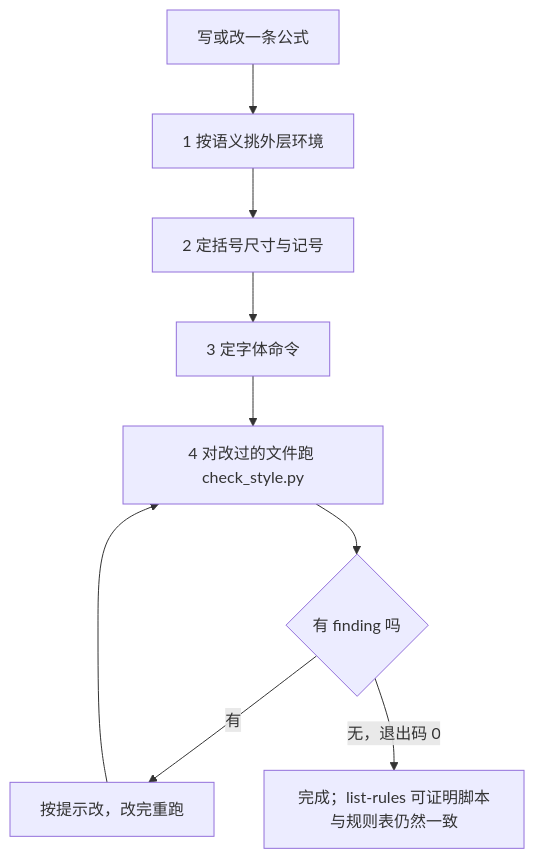
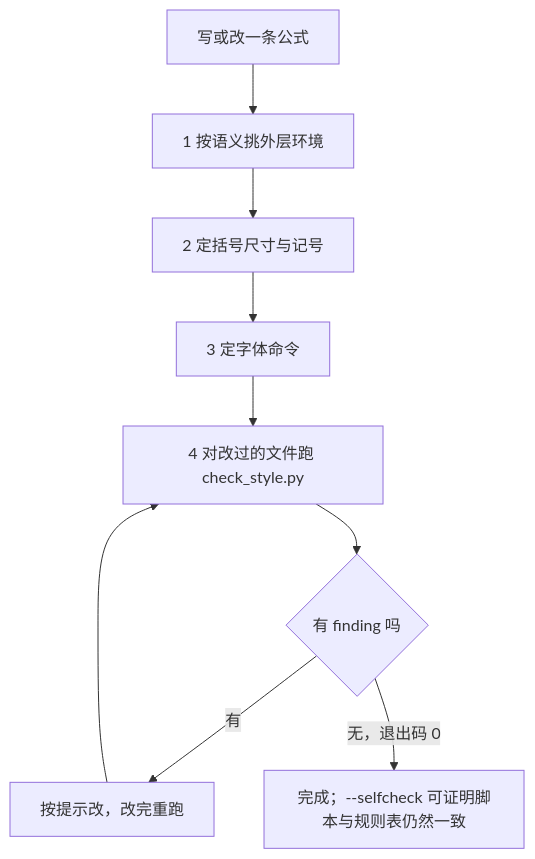
Before and after one commit to HHSTU-IST/skills: the third of 10 diagrams in README.md, drawn with Mermaid. The commit also changed other lines of this file and 13 other files, not shown here.

````diff
--- a/README.md
+++ b/README.md
@@ -342,11 +342,11 @@
 ```mermaid
 flowchart TD
     A["写或改一条公式"] --> B["1 按语义挑外层环境"]
     B --> C["2 定括号尺寸与记号"]
     C --> D["3 定字体命令"]
     D --> E["4 对改过的文件跑 check_style.py"]
     E --> F{"有 finding 吗"}
     F -->|有| G["按提示改，改完重跑"]
     G --> E
-    F -->|无，退出码 0| H["完成；list-rules 可证明脚本与规则表仍然一致"]
+    F -->|无，退出码 0| H["完成；--selfcheck 可证明脚本与规则表仍然一致"]
 ```
````
